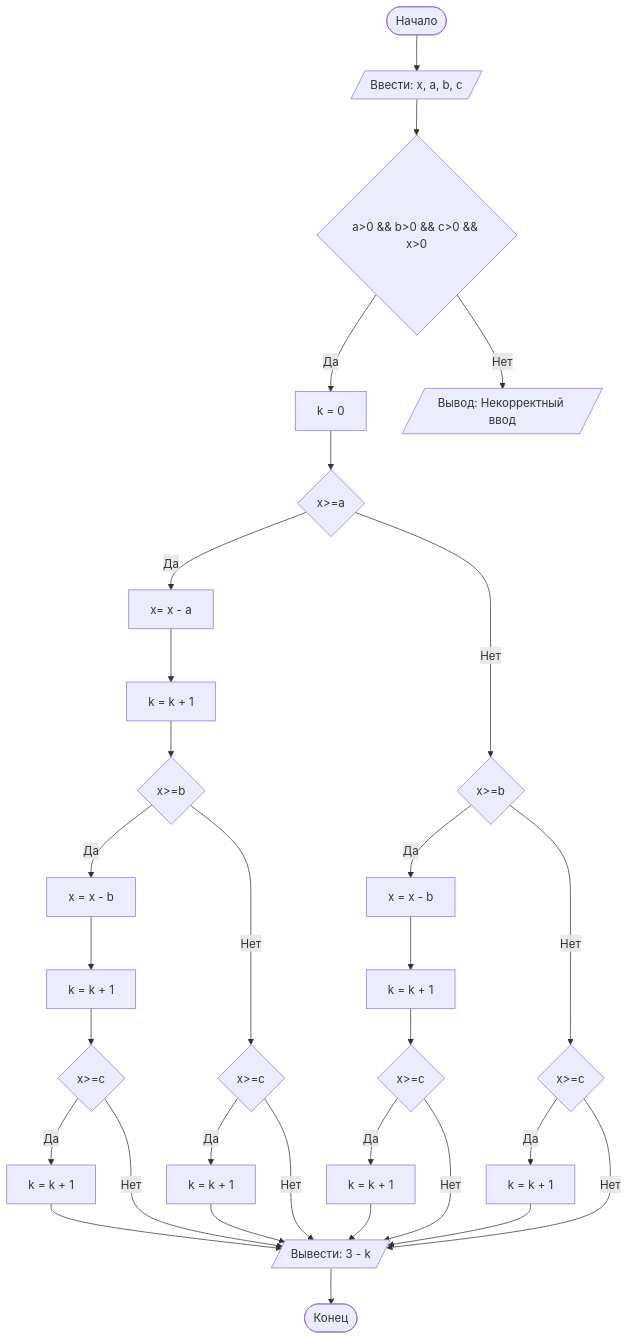
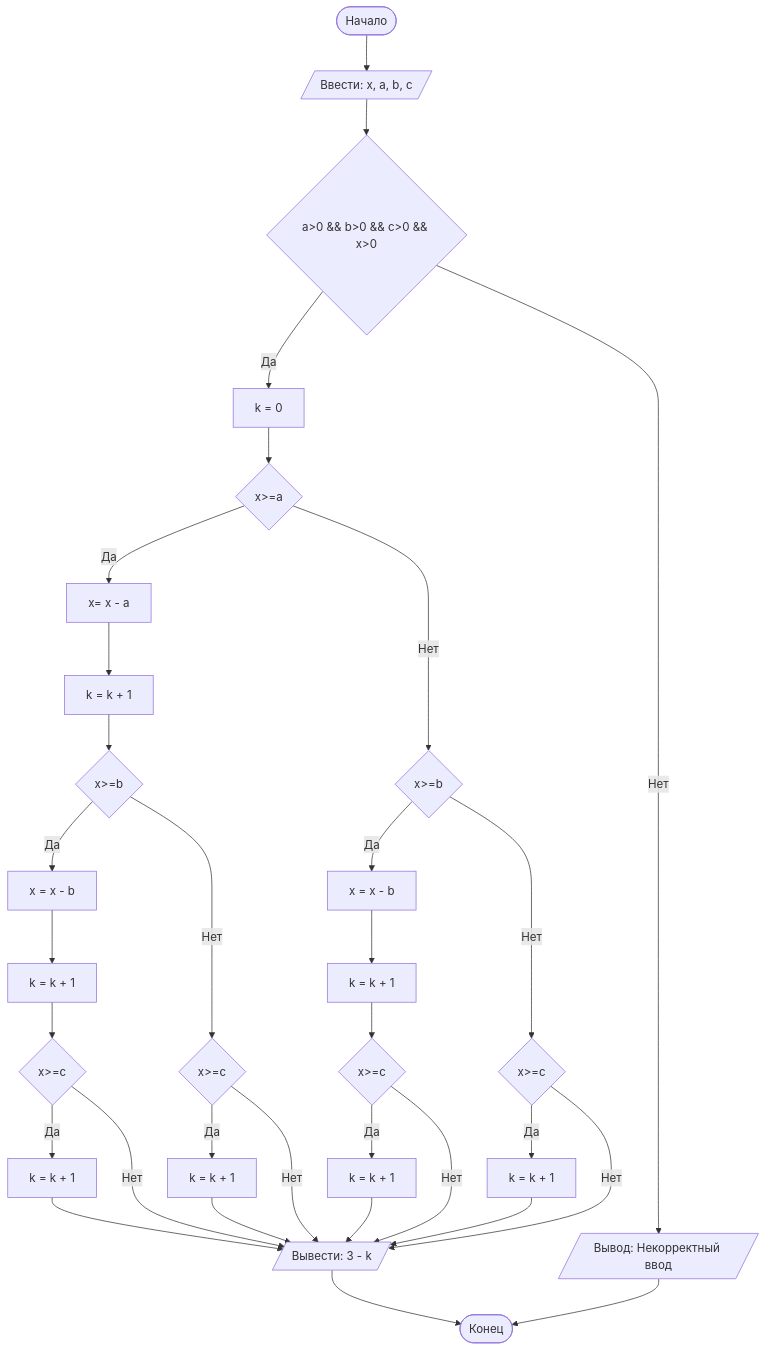
One commit to DariaVazh/Lab1 changed the diagram in README.md. Above: the diagram before and after it, drawn with Mermaid.

````diff
--- a/README.md
+++ b/README.md
@@ -42,35 +42,36 @@
 ```mermaid
 graph TD
 A([Начало]) --> B[/Ввести: x, a, b, c/]
 B --> qwe{a>0 && b>0 && c>0 && x>0}
 qwe --Да -->C[k = 0]
 qwe -- Нет --> fin[/ Вывод: Некорректный ввод /]
+fin --> End([Конец])
 C --> D{x>=a}
 D -- Да --> E[x= x - a]
 D -- Нет --> L{x>=b}
 E --> F[k = k + 1]
 F --> G{x>=b}
 G -- Да --> H[x = x - b]
 H --> I[k = k + 1]
 I --> uC{x>=c}
 uC -- Да --> vc[k = k + 1]
 vc --> preEnd
 uC -- Нет --> preEnd
 G -- Нет --> J{x>=c}
 J -- Да --> K[k = k + 1] 
 J -- Нет --> preEnd[/Вывести: 3 - k/]
 
 
 L -- Да --> M[x = x - b]
 M --> O[k = k + 1]
 O --> P{x>=c}
 P -- Да --> Q[k = k + 1]
 Q --> preEnd
 P -- Нет --> preEnd
 L --Нет --> R{x>=c}
 R --Да --> S[k = k + 1]
 R -- Нет --> preEnd
 S --> preEnd
 K --> preEnd
-preEnd --> End([Конец])
+preEnd --> End
 ``` 
````
